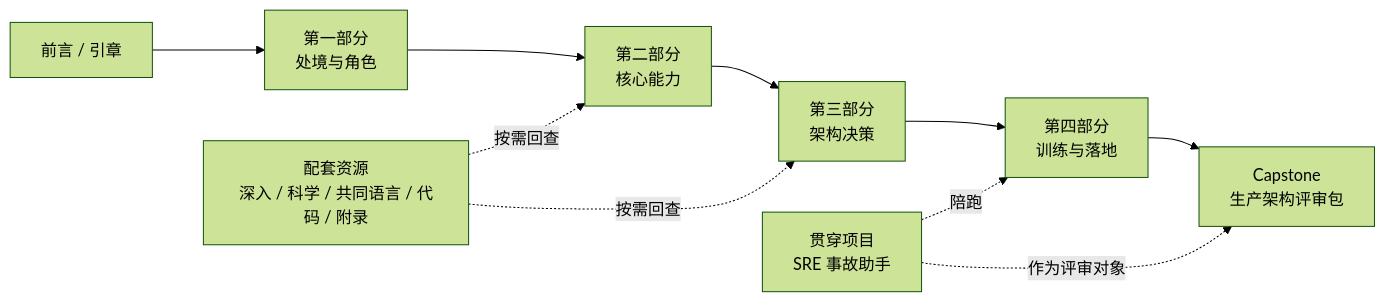
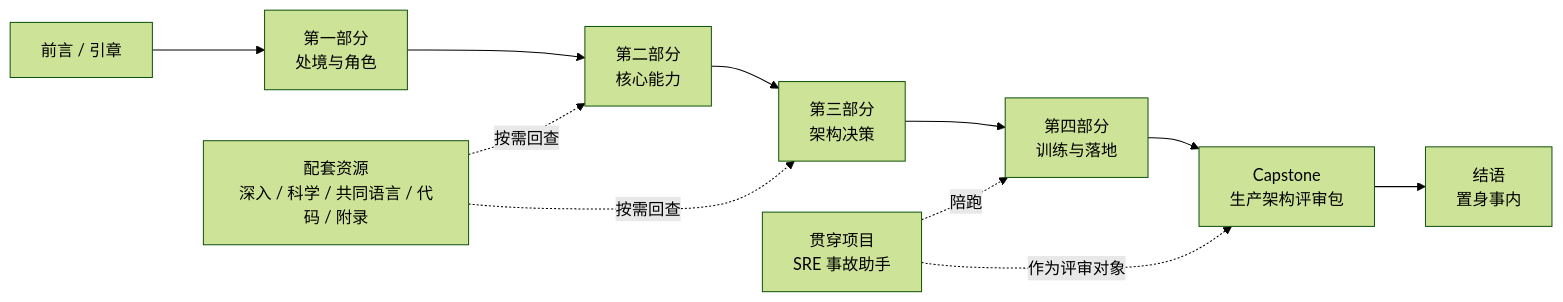
The diagram in 学习路线图.md (oh-my-vibe-coding/ai-reliability-architecture), drawn with Mermaid (forest theme) before and after one commit. The commit also changed other lines of this file and 68 other files, not shown here.

````diff
--- a/学习路线图.md
+++ b/学习路线图.md
@@ -20,13 +20,14 @@
 ```mermaid
 flowchart LR
     A[前言 / 引章] --> P1[第一部分<br/>处境与角色]
     P1 --> P2[第二部分<br/>核心能力]
     P2 --> P3[第三部分<br/>架构决策]
     P3 --> P4[第四部分<br/>训练与落地]
     P4 --> Cap[Capstone<br/>生产架构评审包]
+    Cap --> End[结语<br/>置身事内]
 
     Tool[配套资源<br/>深入 / 科学 / 共同语言 / 代码 / 附录] -.按需回查.-> P2
     Tool -.按需回查.-> P3
     Project[贯穿项目<br/>SRE 事故助手] -.陪跑.-> P4
     Project -.作为评审对象.-> Cap
 ```
````
